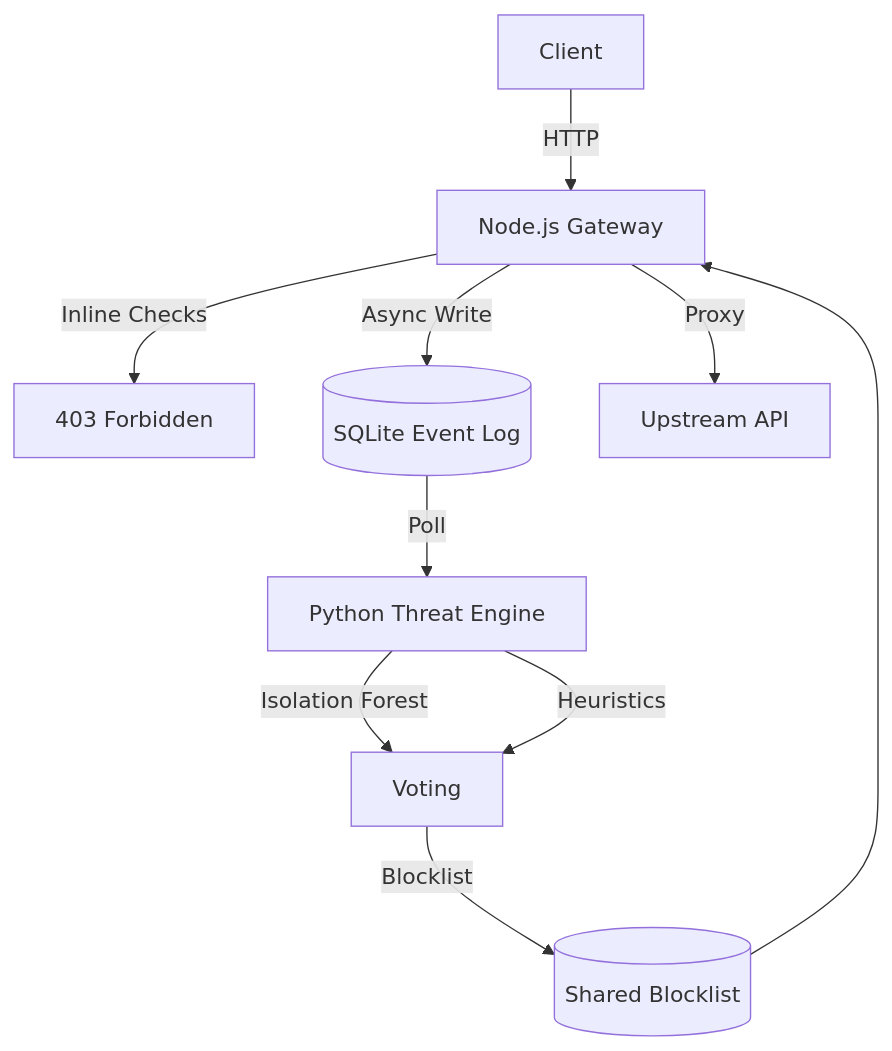
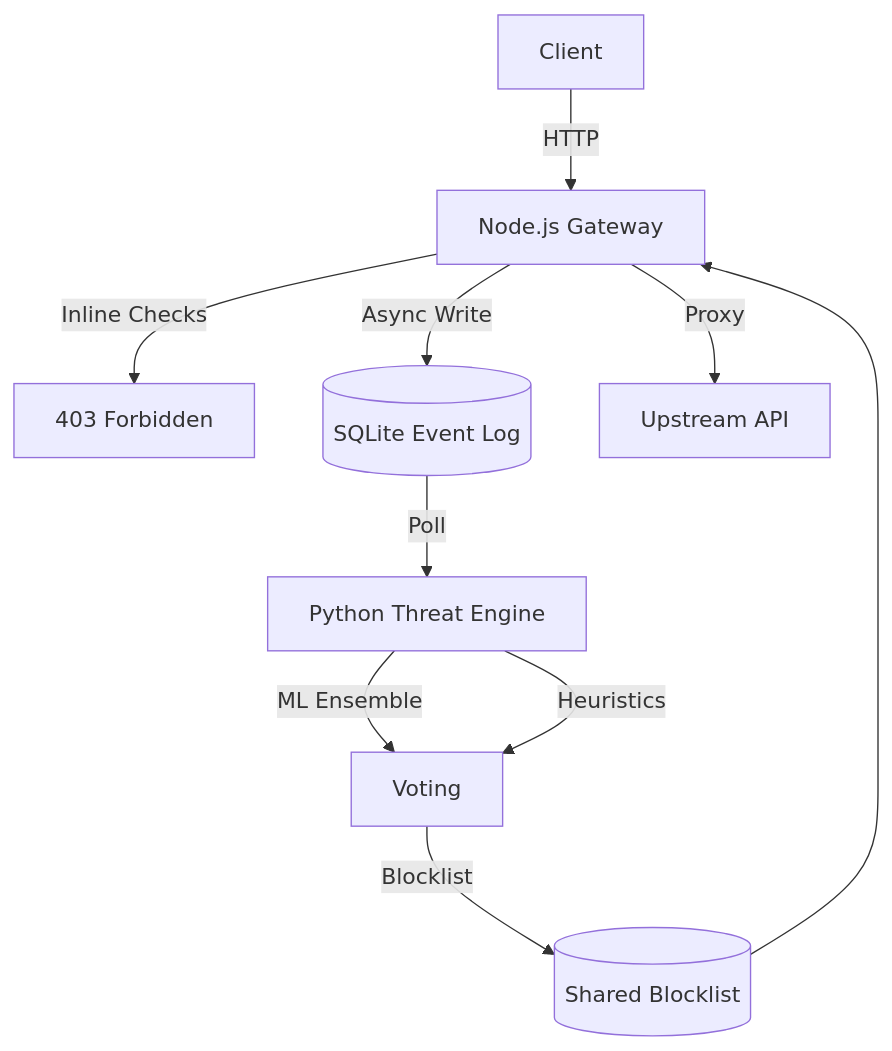
The diagram in README.md (arpan-pramanik/MANTIS), drawn with Mermaid before and after one commit. The commit also changed other lines of this file and 8 other files, not shown here.

````diff
--- a/README.md
+++ b/README.md
@@ -7,13 +10,13 @@
 ```mermaid
 graph TD
     Client -->|HTTP| Gateway[Node.js Gateway]
     Gateway -->|Inline Checks| Block[403 Forbidden]
     Gateway -->|Async Write| Log[(SQLite Event Log)]
     Gateway -->|Proxy| Backend[Upstream API]
     
     Log -->|Poll| Engine[Python Threat Engine]
-    Engine -->|Isolation Forest| Voting
+    Engine -->|ML Ensemble| Voting
     Engine -->|Heuristics| Voting
     Voting -->|Blocklist| Cache[(Shared Blocklist)]
     Cache --> Gateway
 ```
````
